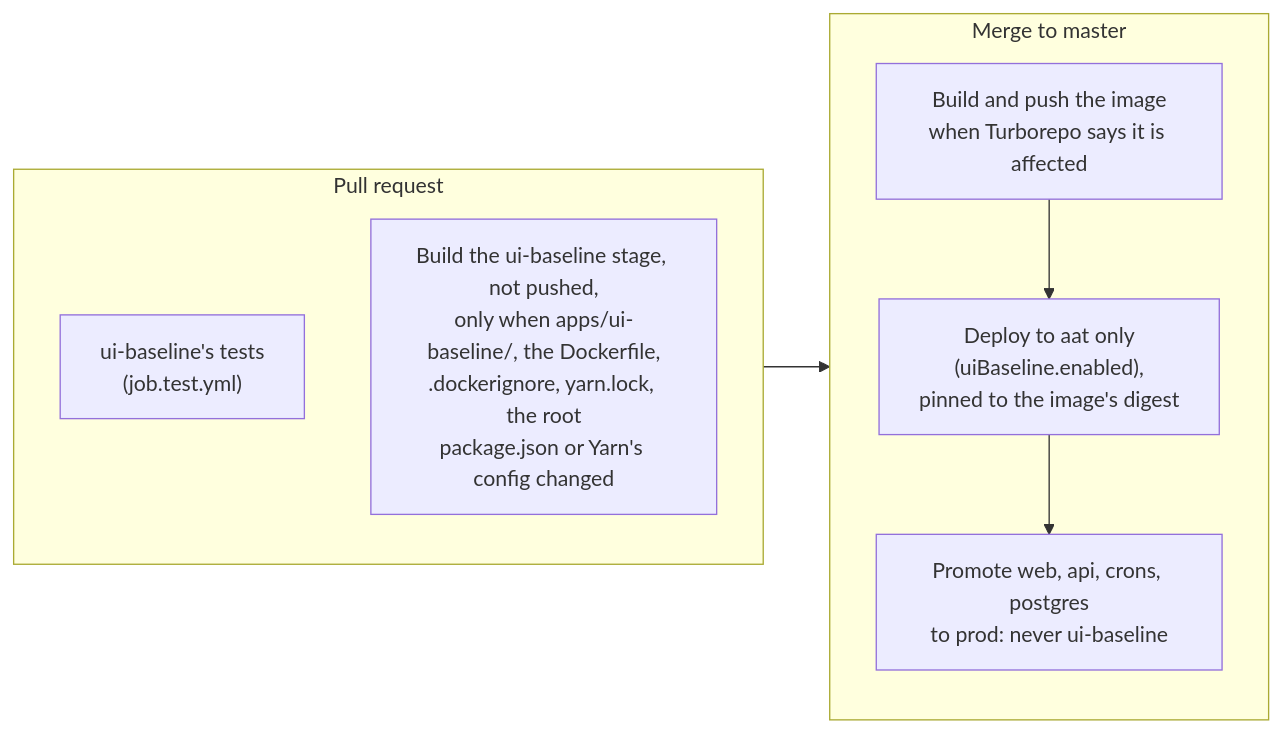
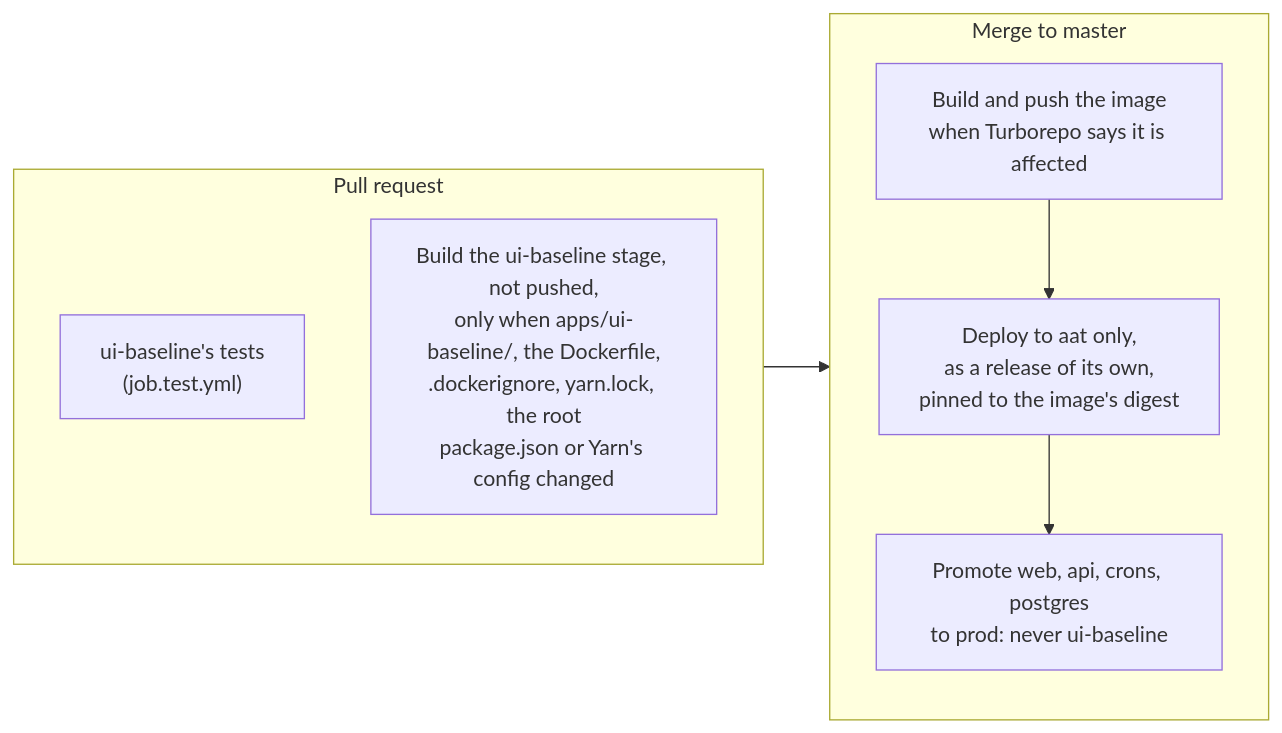
One commit to hmcts/cath-service changed the eighth of 8 diagrams in apps/ui-baseline/ARCHITECTURE.md. Above: the diagram before and after it, drawn with Mermaid. The commit also changed other lines of this file and 1 other file, not shown here.

First line of the commit message:
docs(691): describe the fourth review's fixes and the separate release

````diff
--- a/apps/ui-baseline/ARCHITECTURE.md
+++ b/apps/ui-baseline/ARCHITECTURE.md
@@ -246,14 +254,14 @@
 ```mermaid
 flowchart LR
   subgraph pr["Pull request"]
     tests["ui-baseline's tests<br/>(job.test.yml)"]
     verify["Build the ui-baseline stage, not pushed,<br/>only when apps/ui-baseline/, the Dockerfile,<br/>.dockerignore, yarn.lock, the root<br/>package.json or Yarn's config changed"]
   end
   subgraph master["Merge to master"]
     build["Build and push the image<br/>when Turborepo says it is affected"]
-    deploy["Deploy to aat only<br/>(uiBaseline.enabled),<br/>pinned to the image's digest"]
+    deploy["Deploy to aat only,<br/>as a release of its own,<br/>pinned to the image's digest"]
     promote["Promote web, api, crons, postgres<br/>to prod: never ui-baseline"]
   end
   pr --> master
   build --> deploy --> promote
 ```
````
